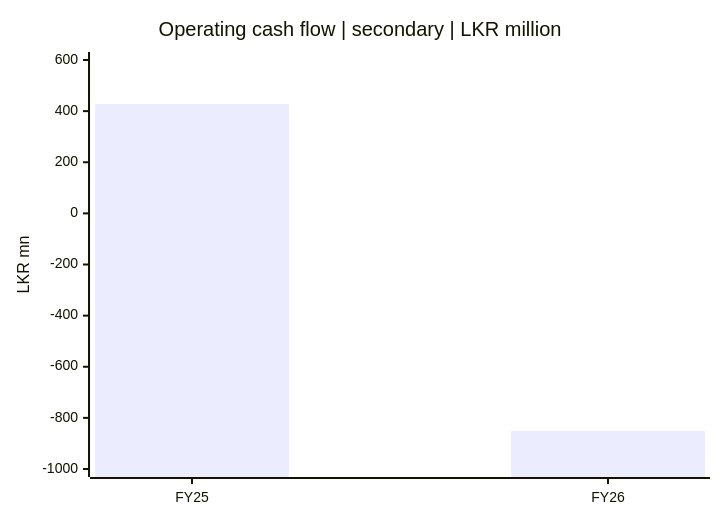
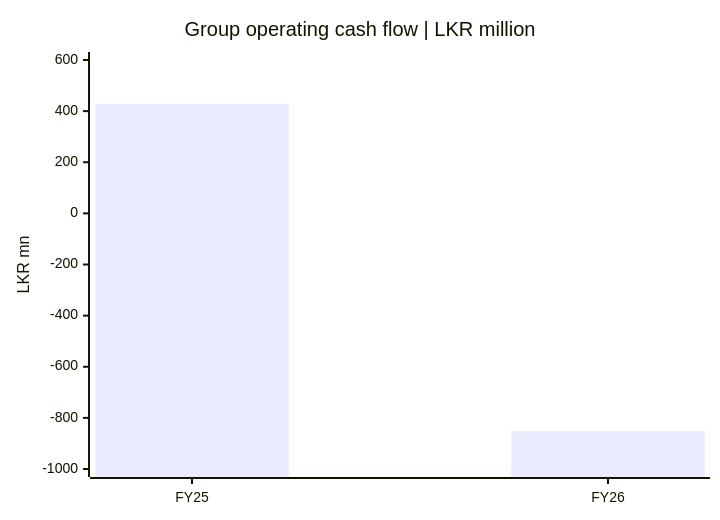
One commit to Gajarthan/SCAP-N0000-Research changed the third of 4 diagrams in si/reports/financial-pulse.md. Above: the diagram before and after it, drawn with Mermaid. The commit also changed other lines of this file and 5 other files, not shown here.

Commit message:
research: reconcile FY25-FY26 SCAP financial charts and snapshots against original CSE interim statements in EN/TA/SI

````diff
--- a/si/reports/financial-pulse.md
+++ b/si/reports/financial-pulse.md
@@ -35,7 +35,7 @@
 ```mermaid
 xychart-beta
-  title "Operating cash flow | secondary | LKR million"
+  title "Group operating cash flow | LKR million"
   x-axis ["FY25", "FY26"]
   y-axis "LKR mn" -1000 --> 600
   bar [427.54, -851.24]
 ```
````
